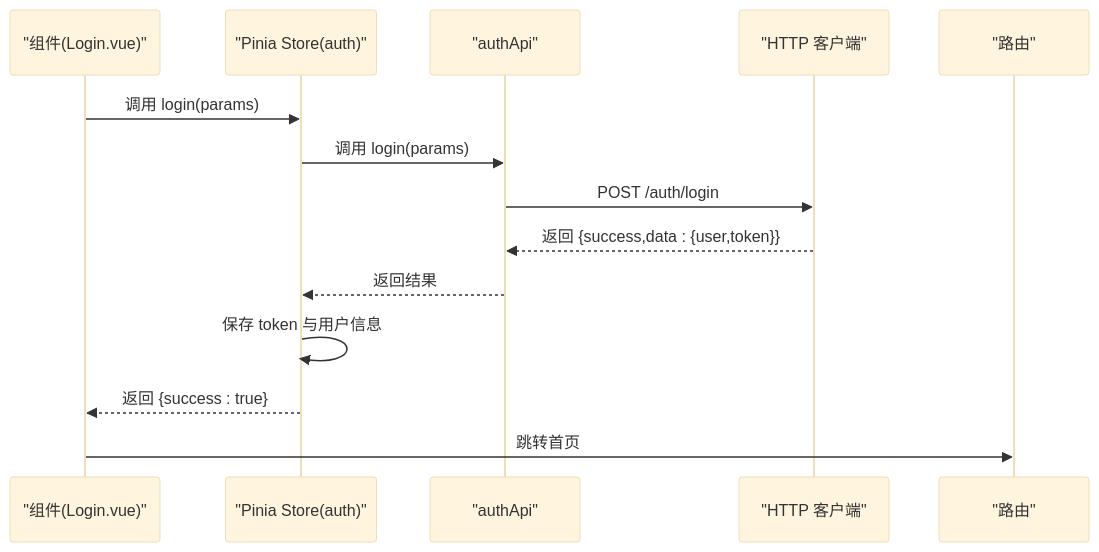
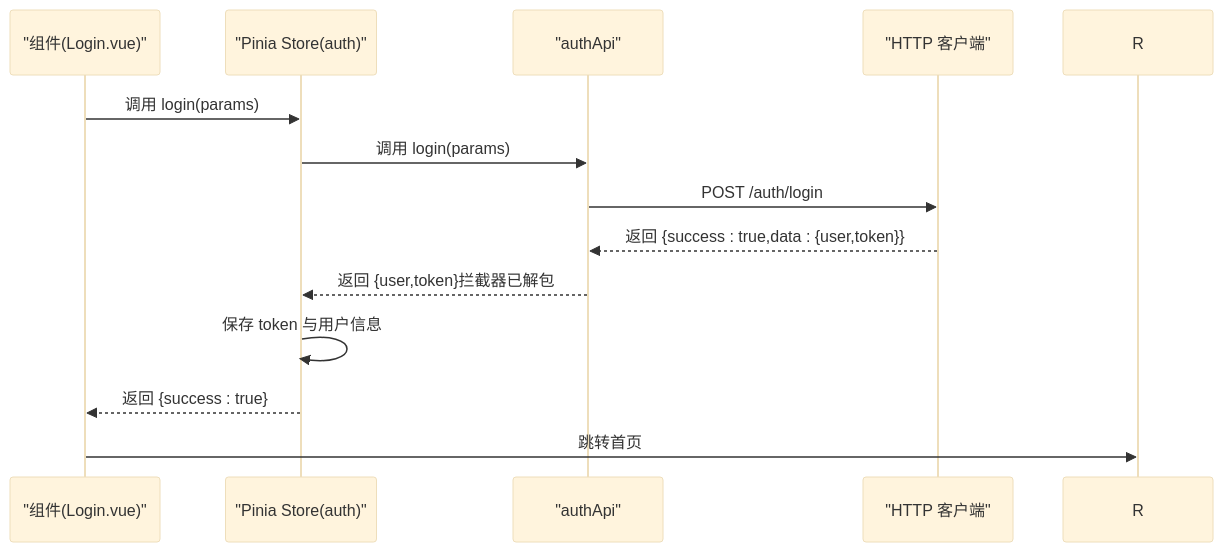
One commit to xpretycn/TingStudio changed the fourth of 6 diagrams in .qoder/repowiki/zh/content/前端开发指南/API 客户端集成.md. Above: the diagram before and after it, drawn with Mermaid (base theme). The commit also changed other lines of this file and 56 other files, not shown here.

````diff
--- a/.qoder/repowiki/zh/content/前端开发指南/API 客户端集成.md
+++ b/.qoder/repowiki/zh/content/前端开发指南/API 客户端集成.md
@@ -183,16 +198,15 @@
 ```mermaid
 sequenceDiagram
 participant C as "组件(Login.vue)"
 participant S as "Pinia Store(auth)"
 participant A as "authApi"
 participant H as "HTTP 客户端"
-participant R as "路由"
 C->>S : 调用 login(params)
 S->>A : 调用 login(params)
 A->>H : POST /auth/login
-H-->>A : 返回 {success,data : {user,token}}
-A-->>S : 返回结果
+H-->>A : 返回 {success : true,data : {user,token}}
+A-->>S : 返回 {user,token}拦截器已解包
 S->>S : 保存 token 与用户信息
 S-->>C : 返回 {success : true}
 C->>R : 跳转首页
 ```
````
